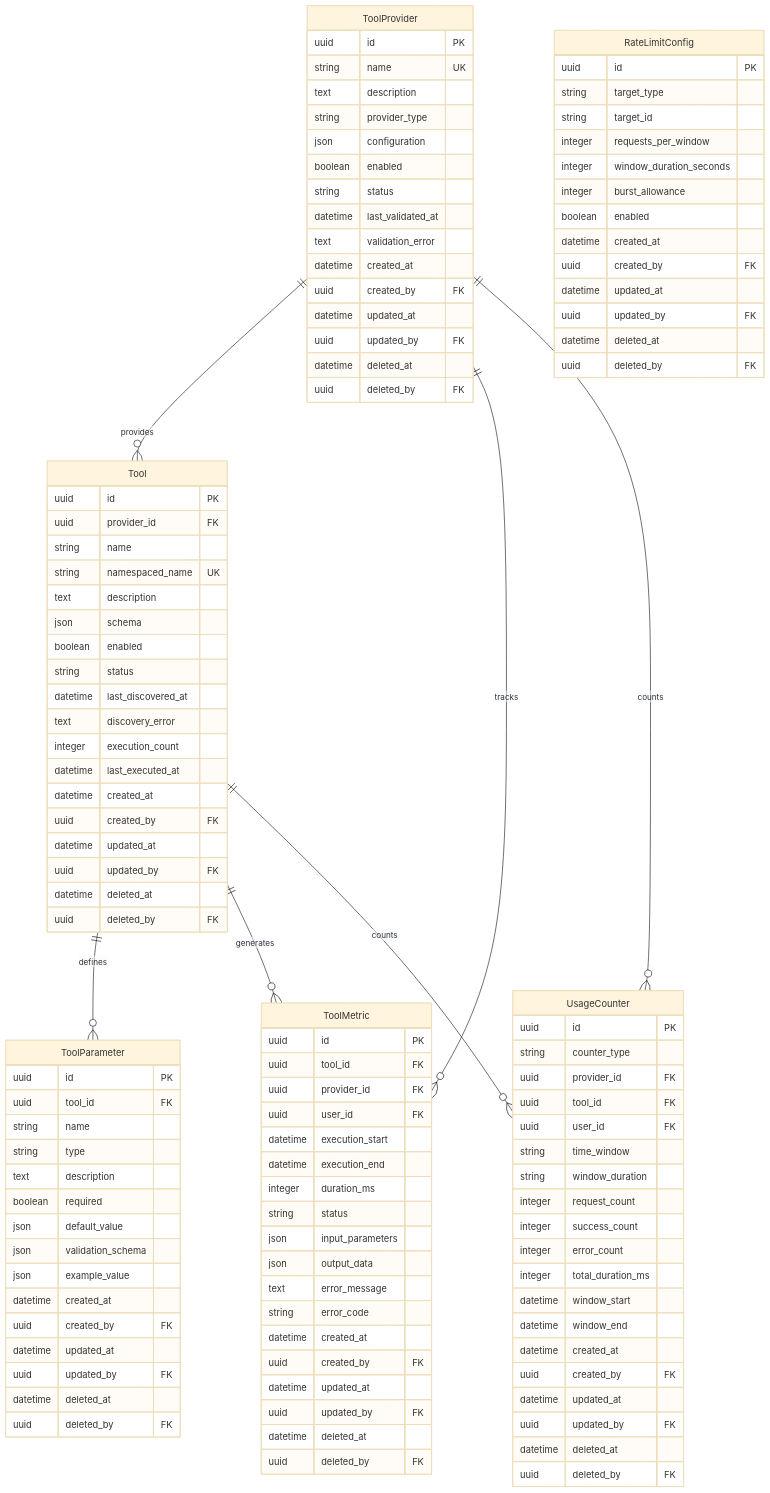
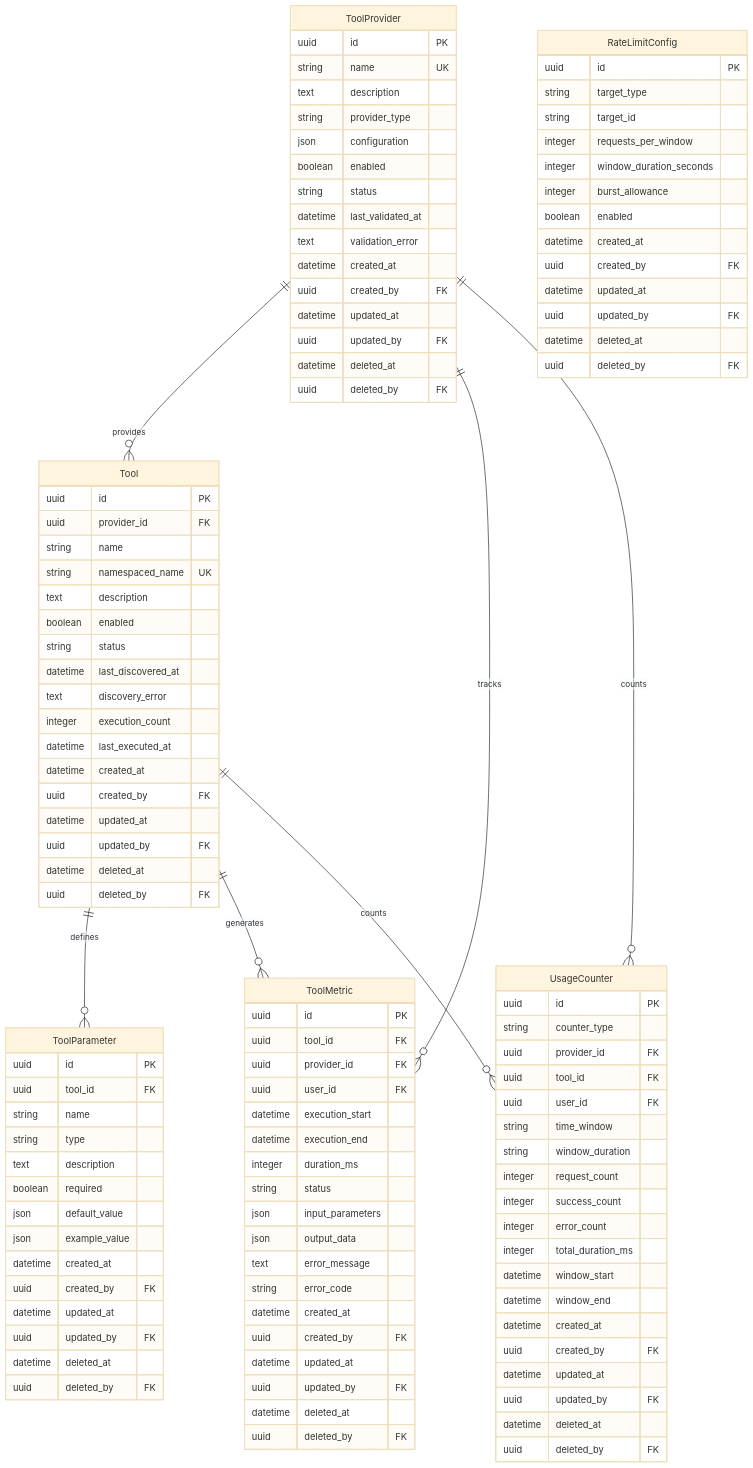
The second of 4 diagrams in specs/004-tool-management/plan.md (alinabuzachis/syntara), drawn with Mermaid (base theme) before and after one commit. The commit also changed other lines of this file and 60 other files, not shown here.

First line of the commit message:
feat: AAP-56027: Refactor all existing Tool Manager schemas and models to use shared base resources (#98)

```diff
--- a/specs/004-tool-management/plan.md
+++ b/specs/004-tool-management/plan.md
@@ -163,7 +163,6 @@
         string name
         string namespaced_name UK
         text description
-        json schema
         boolean enabled
         string status
         datetime last_discovered_at
@@ -186,7 +185,6 @@
         text description
         boolean required
         json default_value
-        json validation_schema
         json example_value
         datetime created_at
         uuid created_by FK
```
